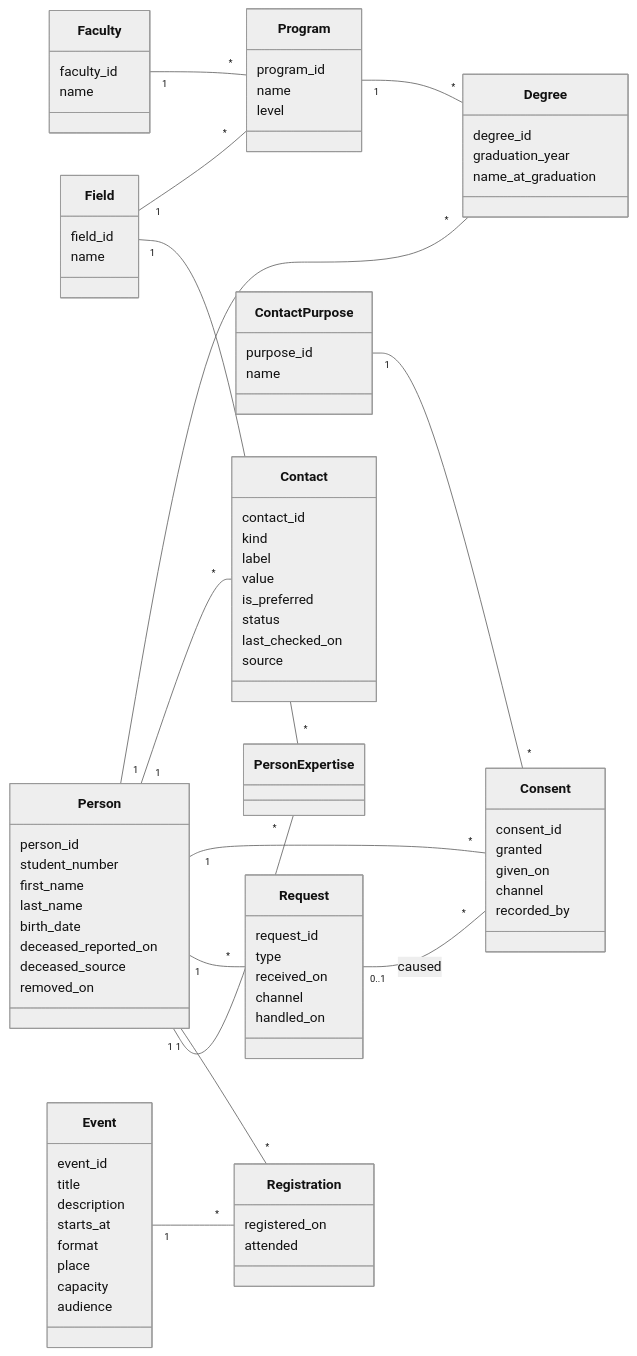
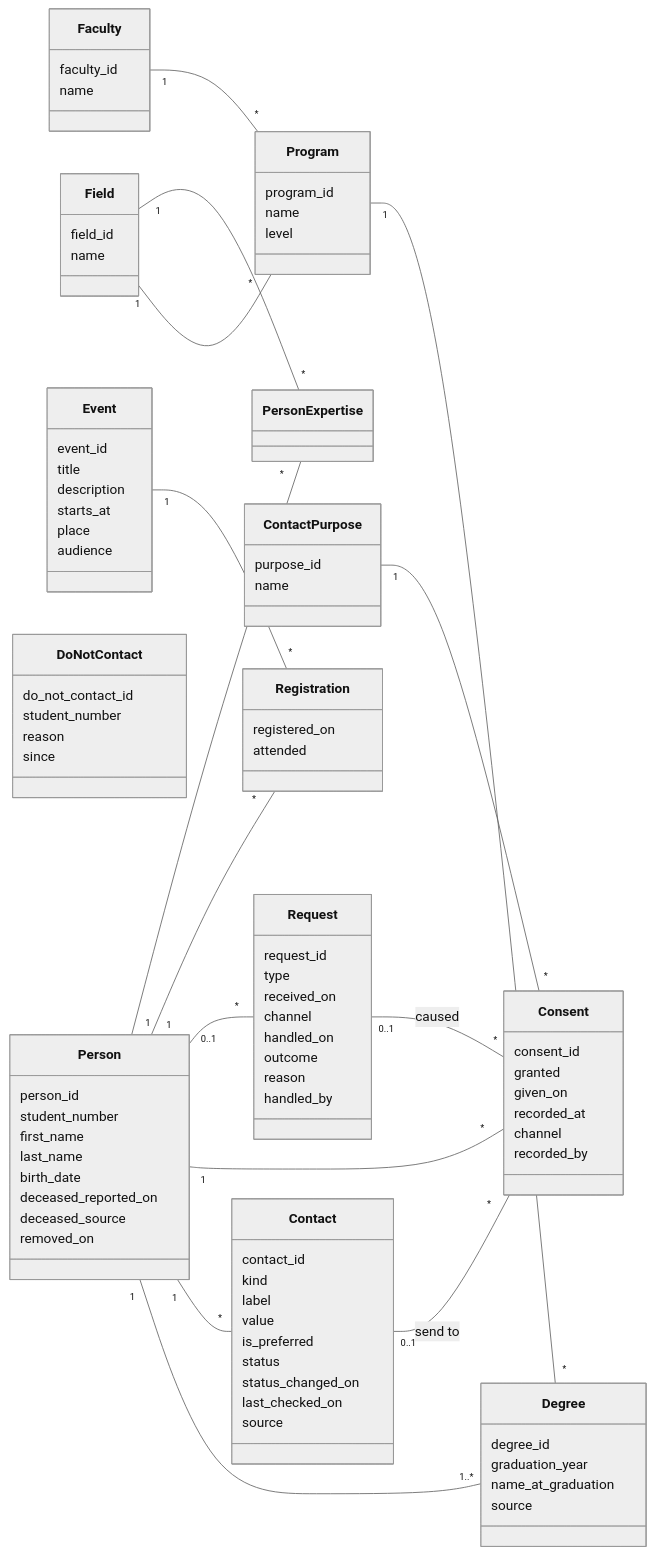
Before and after one commit to chegrane/val-lumiere-alumni: the diagram in docs/model.md, drawn with Mermaid (neutral theme). The commit also changed other lines of this file and 4 other files, not shown here.

First line of the commit message:
Model: apply three review rounds (removal, do-not-contact list, consent rules)

```diff
--- a/docs/model.md
+++ b/docs/model.md
@@ -48,6 +48,7 @@
     degree_id
     graduation_year
     name_at_graduation
+    source
   }
   class Contact {
     contact_id
@@ -56,6 +57,7 @@
     value
     is_preferred
     status
+    status_changed_on
     last_checked_on
     source
   }
@@ -67,6 +69,7 @@
     consent_id
     granted
     given_on
+    recorded_at
     channel
     recorded_by
   }
@@ -76,15 +79,22 @@
     received_on
     channel
     handled_on
+    outcome
+    reason
+    handled_by
+  }
+  class DoNotContact {
+    do_not_contact_id
+    student_number
+    reason
+    since
   }
   class Event {
     event_id
     title
     description
     starts_at
-    format
     place
-    capacity
     audience
   }
   class Registration {
@@ -96,12 +106,13 @@
   Faculty "1" -- "*" Program
   Field "1" -- "*" Program
   Program "1" -- "*" Degree
-  Person "1" -- "*" Degree
+  Person "1" -- "1..*" Degree
   Person "1" -- "*" Contact
   Person "1" -- "*" Consent
   ContactPurpose "1" -- "*" Consent
+  Contact "0..1" -- "*" Consent : send to
   Request "0..1" -- "*" Consent : caused
-  Person "1" -- "*" Request
+  Person "0..1" -- "*" Request
   Person "1" -- "*" Registration
   Event "1" -- "*" Registration
   Person "1" -- "*" PersonExpertise
```
